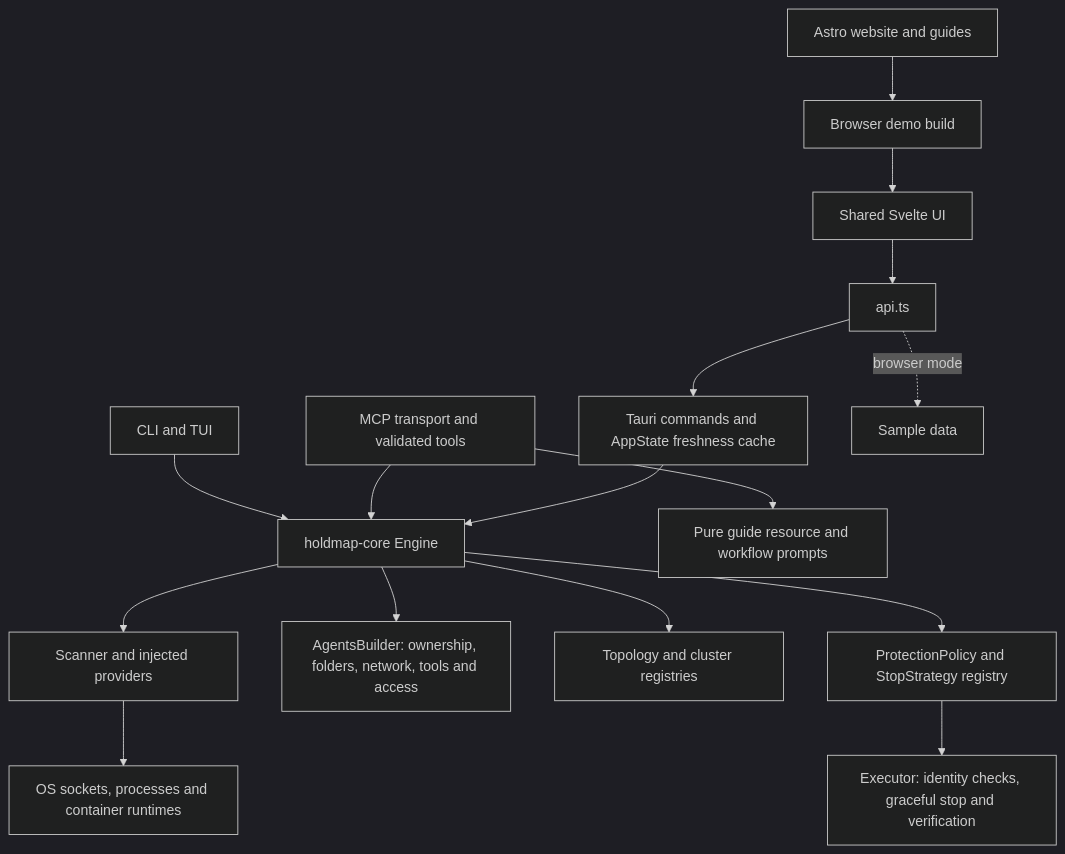
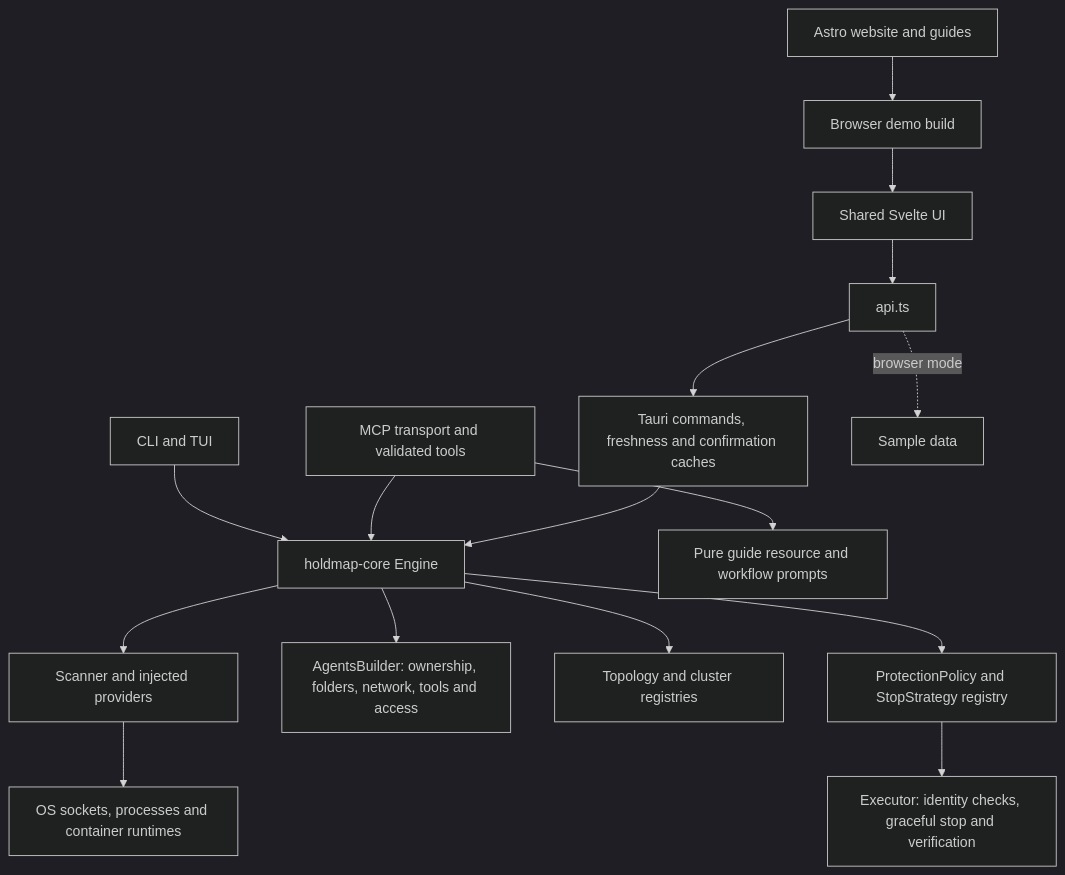
The diagram in README.md (santoshshinde2012/holdmap), drawn with Mermaid (dark theme) before and after one commit. The commit also changed other lines of this file and 198 other files, not shown here.

````diff
--- a/README.md
+++ b/README.md
@@ -279,18 +294,18 @@
 ```mermaid
 flowchart TB
   CLI["CLI and TUI"] --> ENGINE["holdmap-core Engine"]
   MCP["MCP transport and validated tools"] --> ENGINE
   MCP --> CONTEXT["Pure guide resource and workflow prompts"]
   UI["Shared Svelte UI"] --> API["api.ts"]
-  API --> NATIVE["Tauri commands and AppState freshness cache"]
+  API --> NATIVE["Tauri commands, freshness and confirmation caches"]
   NATIVE --> ENGINE
   SITE["Astro website and guides"] --> DEMO["Browser demo build"]
   DEMO --> UI
   API -. "browser mode" .-> MOCK["Sample data"]
   ENGINE --> SCAN["Scanner and injected providers"]
   SCAN --> OS["OS sockets, processes and container runtimes"]
   ENGINE --> AGENTS["AgentsBuilder: ownership, folders, network, tools and access"]
   ENGINE --> GRAPH["Topology and cluster registries"]
   ENGINE --> PLAN["ProtectionPolicy and StopStrategy registry"]
   PLAN --> EXEC["Executor: identity checks, graceful stop and verification"]
 ```
````
